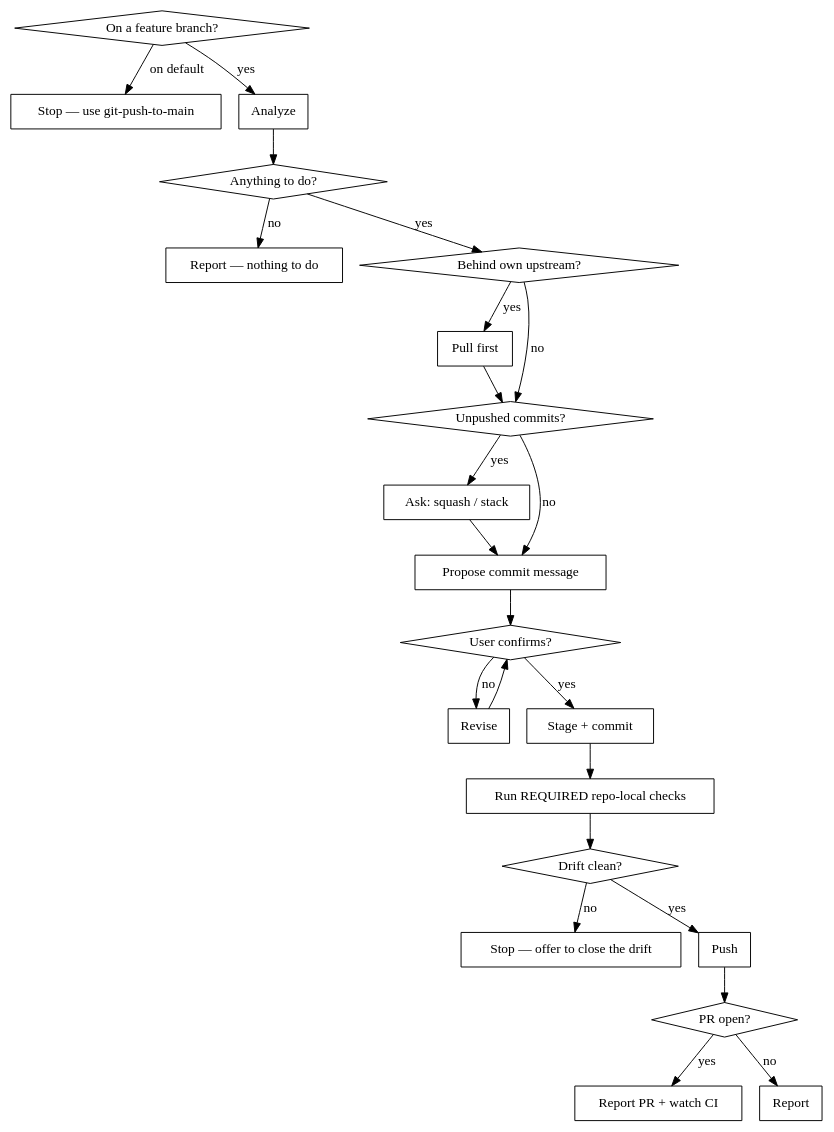
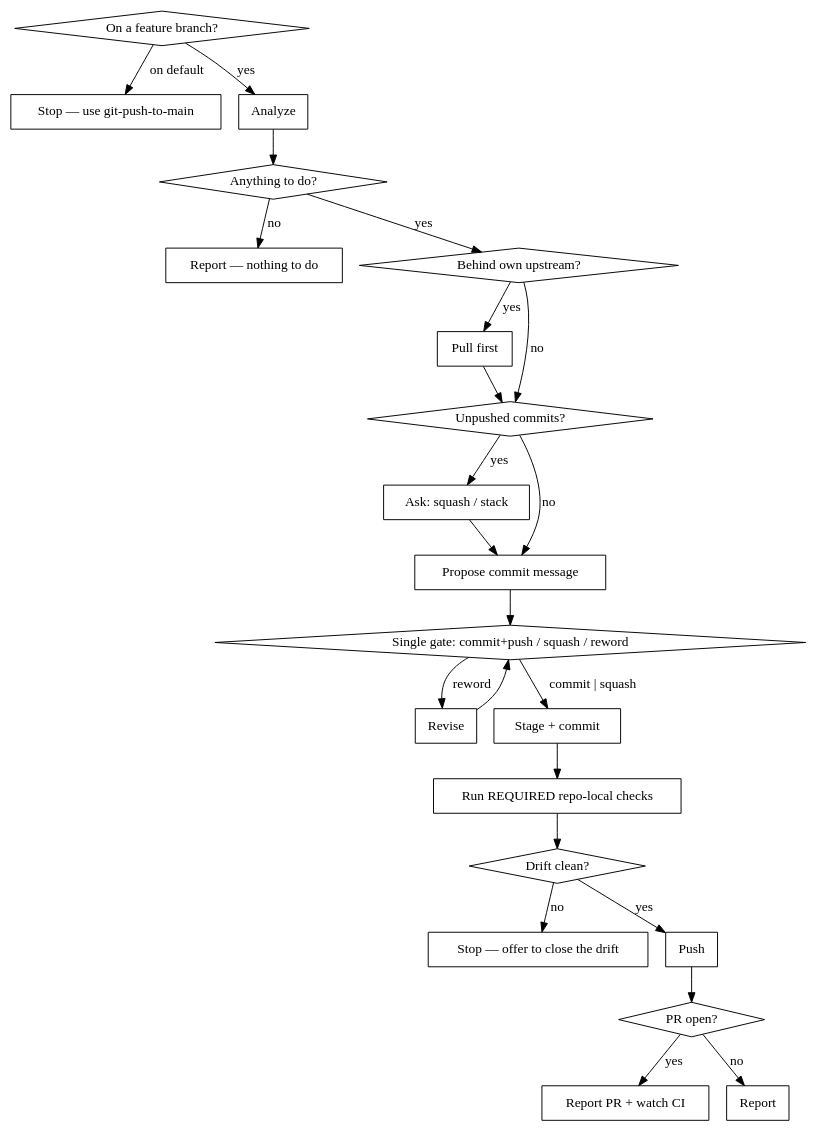
Before and after one commit to l0lxl0lw/dotfiles: the diagram in ai/shared/skills/git/git-push-branch/SKILL.md, drawn with Graphviz. The commit also changed other lines of this file and 4 other files, not shown here.

First line of the commit message:
refactor(skills): collapse the git skills to a single question gate

````diff
--- a/ai/shared/skills/git/git-push-branch/SKILL.md
+++ b/ai/shared/skills/git/git-push-branch/SKILL.md
@@ -33,47 +33,47 @@
 ```dot
 digraph pushbranch {
     "On a feature branch?" [shape=diamond];
     "Stop — use git-push-to-main" [shape=box];
     "Analyze" [shape=box];
     "Anything to do?" [shape=diamond];
     "Report — nothing to do" [shape=box];
     "Behind own upstream?" [shape=diamond];
     "Pull first" [shape=box];
     "Unpushed commits?" [shape=diamond];
     "Ask: squash / stack" [shape=box];
     "Propose commit message" [shape=box];
-    "User confirms?" [shape=diamond];
+    "Single gate: commit+push / squash / reword" [shape=diamond];
     "Revise" [shape=box];
     "Stage + commit" [shape=box];
     "Run REQUIRED repo-local checks" [shape=box];
     "Drift clean?" [shape=diamond];
     "Stop — offer to close the drift" [shape=box];
     "Push" [shape=box];
     "PR open?" [shape=diamond];
     "Report PR + watch CI" [shape=box];
     "Report" [shape=box];
 
     "On a feature branch?" -> "Stop — use git-push-to-main" [label="on default"];
     "On a feature branch?" -> "Analyze" [label="yes"];
     "Analyze" -> "Anything to do?";
     "Anything to do?" -> "Report — nothing to do" [label="no"];
     "Anything to do?" -> "Behind own upstream?" [label="yes"];
     "Behind own upstream?" -> "Pull first" [label="yes"];
     "Pull first" -> "Unpushed commits?";
     "Behind own upstream?" -> "Unpushed commits?" [label="no"];
     "Unpushed commits?" -> "Ask: squash / stack" [label="yes"];
     "Unpushed commits?" -> "Propose commit message" [label="no"];
     "Ask: squash / stack" -> "Propose commit message";
-    "Propose commit message" -> "User confirms?";
-    "User confirms?" -> "Revise" [label="no"];
-    "Revise" -> "User confirms?";
-    "User confirms?" -> "Stage + commit" [label="yes"];
+    "Propose commit message" -> "Single gate: commit+push / squash / reword";
+    "Single gate: commit+push / squash / reword" -> "Revise" [label="reword"];
+    "Revise" -> "Single gate: commit+push / squash / reword";
+    "Single gate: commit+push / squash / reword" -> "Stage + commit" [label="commit | squash"];
     "Stage + commit" -> "Run REQUIRED repo-local checks";
     "Run REQUIRED repo-local checks" -> "Drift clean?";
     "Drift clean?" -> "Stop — offer to close the drift" [label="no"];
     "Drift clean?" -> "Push" [label="yes"];
     "Push" -> "PR open?";
     "PR open?" -> "Report PR + watch CI" [label="yes"];
     "PR open?" -> "Report" [label="no"];
 }
 ```
````
